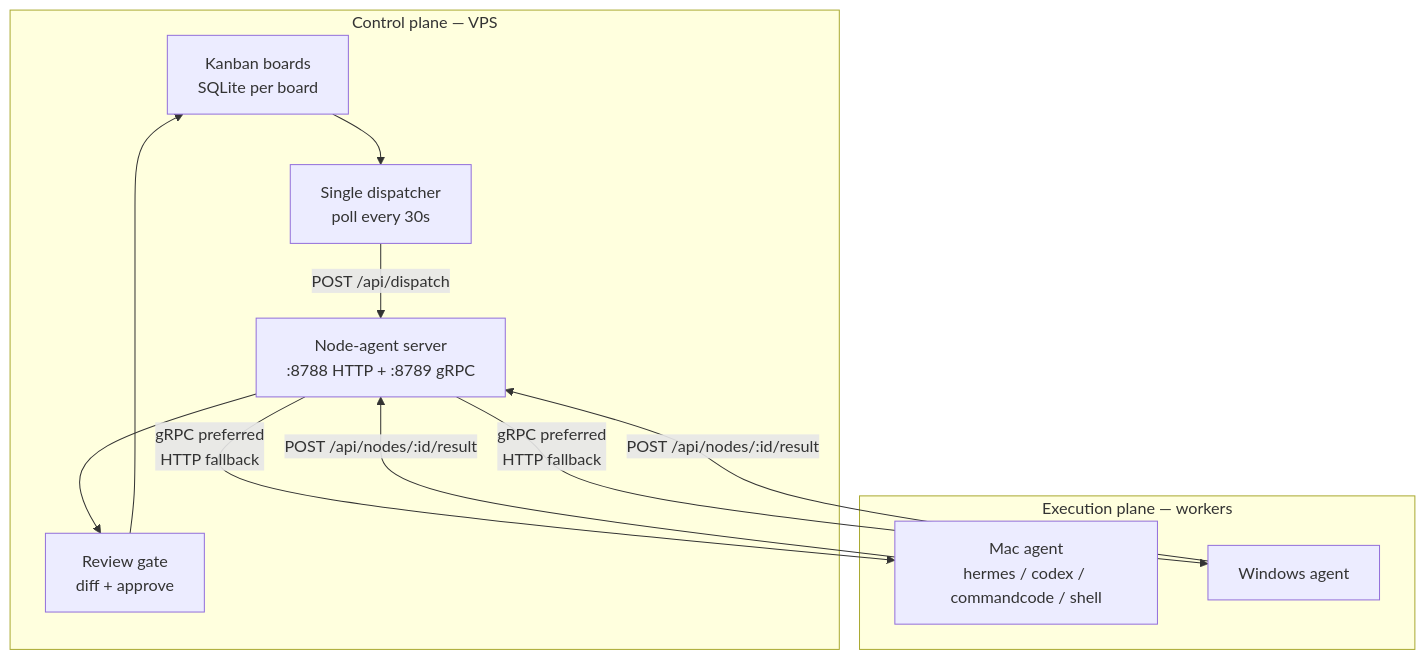
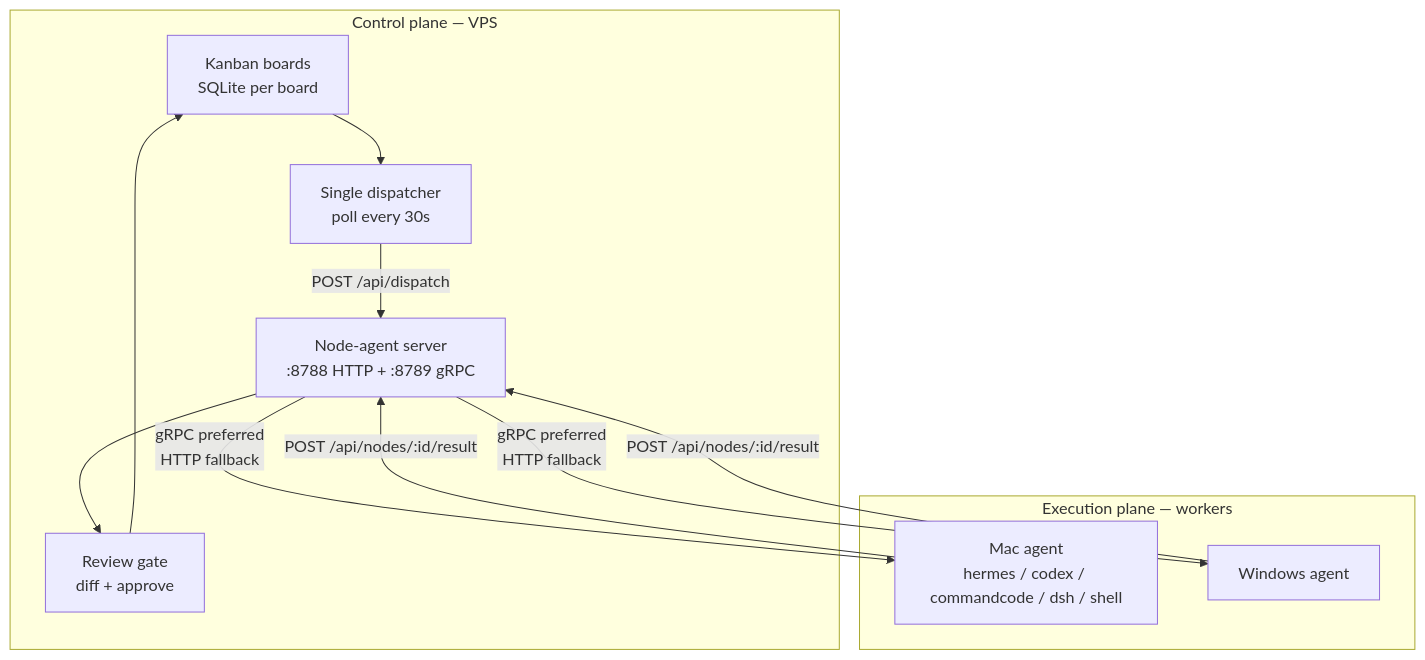
Before and after one commit to adityahimaone/switchyard: the second of 2 diagrams in README.md, drawn with Mermaid. The commit also changed other lines of this file and 4 other files, not shown here.

````diff
--- a/README.md
+++ b/README.md
@@ -31,21 +31,21 @@
 ```mermaid
 flowchart TB
   subgraph VPS[Control plane — VPS]
     Board[Kanban boards<br/>SQLite per board]
     Dispatcher[Single dispatcher<br/>poll every 30s]
     NAServer[Node-agent server<br/>:8788 HTTP + :8789 gRPC]
     Review[Review gate<br/>diff + approve]
   end
   subgraph Workers[Execution plane — workers]
-    Mac[Mac agent<br/>hermes / codex / commandcode / shell]
+    Mac[Mac agent<br/>hermes / codex / commandcode / dsh / shell]
     Win[Windows agent]
   end
 
   Board --> Dispatcher
   Dispatcher -->|POST /api/dispatch| NAServer
   NAServer -->|gRPC preferred<br/>HTTP fallback| Mac
   NAServer -->|gRPC preferred<br/>HTTP fallback| Win
   Mac -->|POST /api/nodes/:id/result| NAServer
   Win -->|POST /api/nodes/:id/result| NAServer
   NAServer --> Review --> Board
 ```
````
